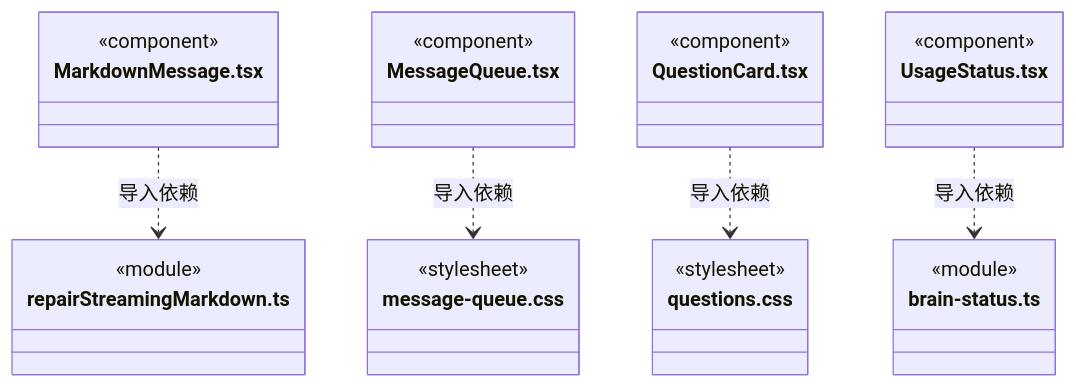
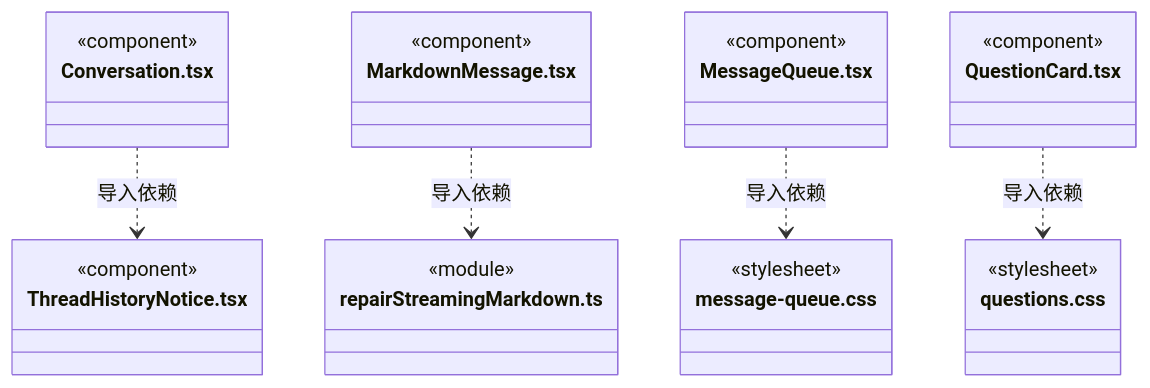
Diagram 35 of 38 in src/frontend/conversation/ARCHITECTURE.md (nan023062/cbim), drawn with Mermaid before and after one commit. The commit also changed other lines of this file and 65 other files, not shown here.

````diff
--- a/src/frontend/conversation/ARCHITECTURE.md
+++ b/src/frontend/conversation/ARCHITECTURE.md
@@ -489,31 +505,31 @@
 ```mermaid
 classDiagram
+class N_src_frontend_conversation_Conversation_tsx["Conversation.tsx"] {
+  <<component>>
+}
+class N_src_frontend_conversation_ThreadHistoryNotice_tsx["ThreadHistoryNotice.tsx"] {
+  <<component>>
+}
 class N_src_frontend_conversation_MarkdownMessage_tsx["MarkdownMessage.tsx"] {
   <<component>>
 }
 class N_src_frontend_conversation_repairStreamingMarkdown_ts["repairStreamingMarkdown.ts"] {
   <<module>>
 }
 class N_src_frontend_conversation_MessageQueue_tsx["MessageQueue.tsx"] {
   <<component>>
 }
 class N_src_frontend_conversation_message_queue_css["message-queue.css"] {
   <<stylesheet>>
 }
 class N_src_frontend_conversation_QuestionCard_tsx["QuestionCard.tsx"] {
   <<component>>
 }
 class N_src_frontend_conversation_questions_css["questions.css"] {
   <<stylesheet>>
 }
-class N_src_frontend_conversation_UsageStatus_tsx["UsageStatus.tsx"] {
-  <<component>>
-}
-class N_src_frontend_conversation_brain_status_ts["brain-status.ts"] {
-  <<module>>
-}
+N_src_frontend_conversation_Conversation_tsx ..> N_src_frontend_conversation_ThreadHistoryNotice_tsx : 导入依赖
 N_src_frontend_conversation_MarkdownMessage_tsx ..> N_src_frontend_conversation_repairStreamingMarkdown_ts : 导入依赖
 N_src_frontend_conversation_MessageQueue_tsx ..> N_src_frontend_conversation_message_queue_css : 导入依赖
 N_src_frontend_conversation_QuestionCard_tsx ..> N_src_frontend_conversation_questions_css : 导入依赖
-N_src_frontend_conversation_UsageStatus_tsx ..> N_src_frontend_conversation_brain_status_ts : 导入依赖
 ```
````
